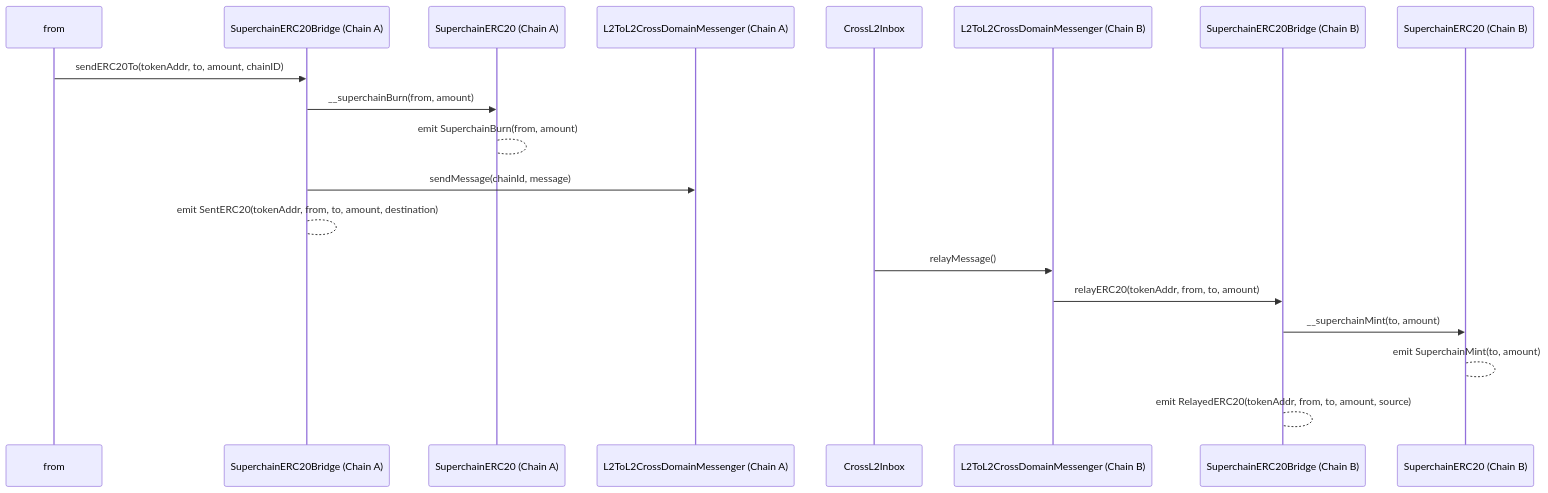
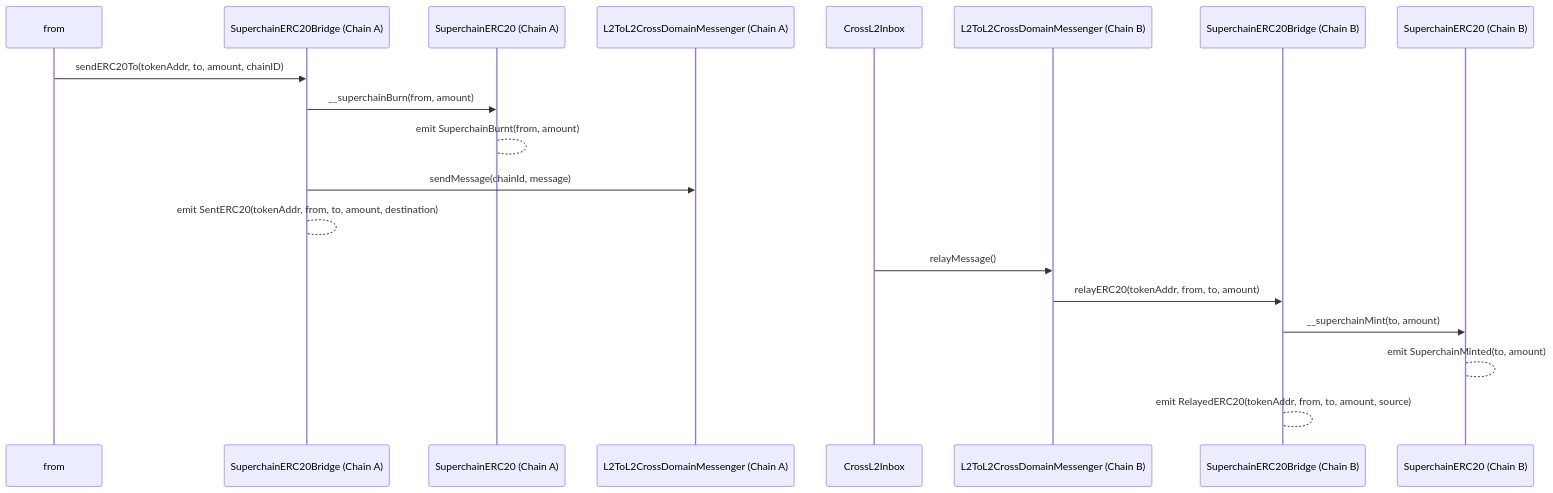
Before and after one commit to ethereum-optimism/specs: the first of 3 diagrams in specs/interop/token-bridging.md, drawn with Mermaid. The commit also changed other lines of this file and 1 other file, not shown here.

Commit message:
feat: events are now in past tense. SuperchainERC20 functions are external instead of public.

````diff
--- a/specs/interop/token-bridging.md
+++ b/specs/interop/token-bridging.md
@@ -119,22 +119,22 @@
 ```mermaid
 sequenceDiagram
   participant from
   participant L2SBA as SuperchainERC20Bridge (Chain A)
   participant SuperERC20_A as SuperchainERC20 (Chain A)
   participant Messenger_A as L2ToL2CrossDomainMessenger (Chain A)
   participant Inbox as CrossL2Inbox
   participant Messenger_B as L2ToL2CrossDomainMessenger (Chain B)
   participant L2SBB as SuperchainERC20Bridge (Chain B)
   participant SuperERC20_B as SuperchainERC20 (Chain B)
 
   from->>L2SBA: sendERC20To(tokenAddr, to, amount, chainID)
   L2SBA->>SuperERC20_A: __superchainBurn(from, amount)
-  SuperERC20_A-->SuperERC20_A: emit SuperchainBurn(from, amount)
+  SuperERC20_A-->SuperERC20_A: emit SuperchainBurnt(from, amount)
   L2SBA->>Messenger_A: sendMessage(chainId, message)
   L2SBA-->L2SBA: emit SentERC20(tokenAddr, from, to, amount, destination)
   Inbox->>Messenger_B: relayMessage()
   Messenger_B->>L2SBB: relayERC20(tokenAddr, from, to, amount)
   L2SBB->>SuperERC20_B: __superchainMint(to, amount)
-  SuperERC20_B-->SuperERC20_B: emit SuperchainMint(to, amount)
+  SuperERC20_B-->SuperERC20_B: emit SuperchainMinted(to, amount)
   L2SBB-->L2SBB: emit RelayedERC20(tokenAddr, from, to, amount, source)
 ```
````
